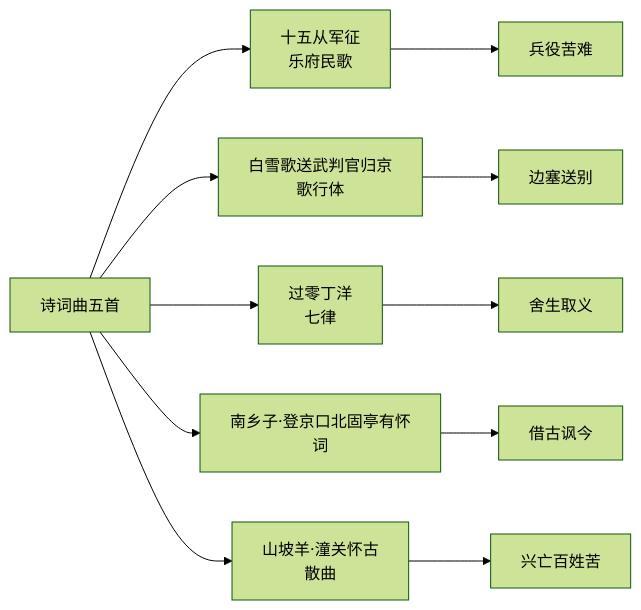
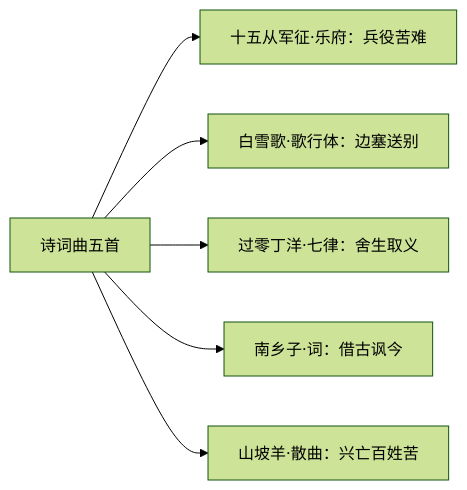
The first of 5 diagrams in content/chinese/grade9-1/ch6/t5/note.md (moirakk/beijing-study-portal), drawn with Mermaid (forest theme) before and after one commit. The commit also changed other lines of this file and 30 other files, not shown here.

````diff
--- a/content/chinese/grade9-1/ch6/t5/note.md
+++ b/content/chinese/grade9-1/ch6/t5/note.md
@@ -9,13 +9,8 @@
 ```mermaid
 flowchart LR
-    A[诗词曲五首] --> B[十五从军征<br/>乐府民歌]
-    A --> C[白雪歌送武判官归京<br/>歌行体]
-    A --> D[过零丁洋<br/>七律]
-    A --> E[南乡子·登京口北固亭有怀<br/>词]
-    A --> F[山坡羊·潼关怀古<br/>散曲]
-    B --> G[兵役苦难]
-    C --> H[边塞送别]
-    D --> I[舍生取义]
-    E --> J[借古讽今]
-    F --> K[兴亡百姓苦]
+    A[诗词曲五首] --> B[十五从军征·乐府：兵役苦难]
+    A --> C[白雪歌·歌行体：边塞送别]
+    A --> D[过零丁洋·七律：舍生取义]
+    A --> E[南乡子·词：借古讽今]
+    A --> F[山坡羊·散曲：兴亡百姓苦]
 ```
````
